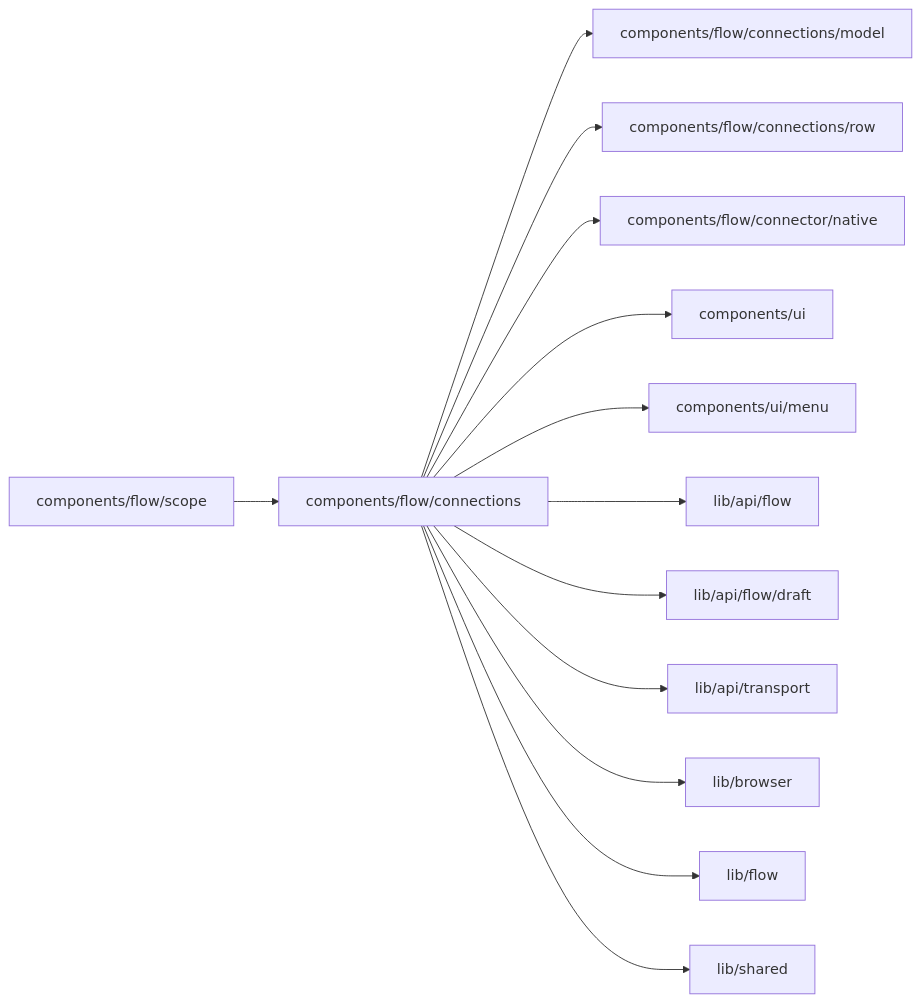
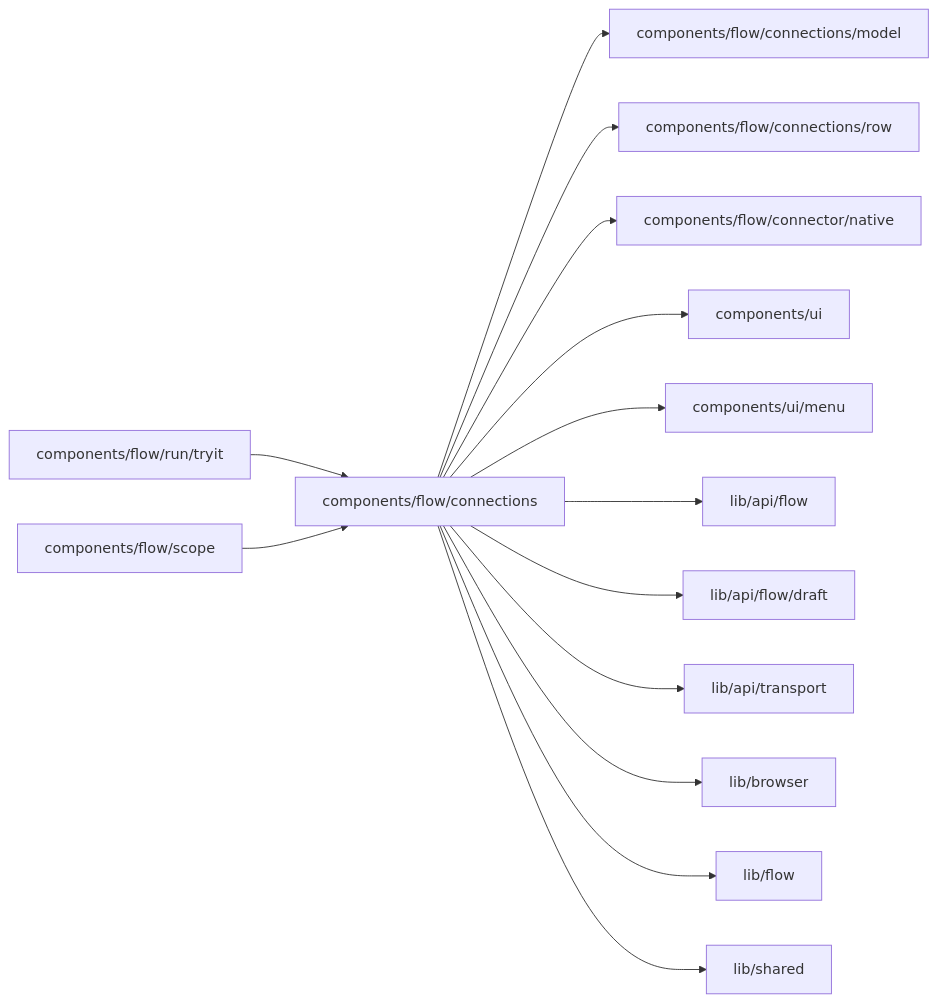
One commit to superdurable/superverse changed the diagram in web/studio/components/flow/connections/README.md. Above: the diagram before and after it, drawn with Mermaid. The commit also changed other lines of this file and 278 other files, not shown here.

````diff
--- a/web/studio/components/flow/connections/README.md
+++ b/web/studio/components/flow/connections/README.md
@@ -10,16 +10,17 @@
 ```mermaid
 flowchart LR
   self["components/flow/connections"]
-  c0["components/flow/scope"] --> self
+  c0["components/flow/run/tryit"] --> self
+  c1["components/flow/scope"] --> self
   self --> d0["components/flow/connections/model"]
   self --> d1["components/flow/connections/row"]
   self --> d2["components/flow/connector/native"]
   self --> d3["components/ui"]
   self --> d4["components/ui/menu"]
   self --> d5["lib/api/flow"]
   self --> d6["lib/api/flow/draft"]
   self --> d7["lib/api/transport"]
   self --> d8["lib/browser"]
   self --> d9["lib/flow"]
   self --> d10["lib/shared"]
 ```
````
